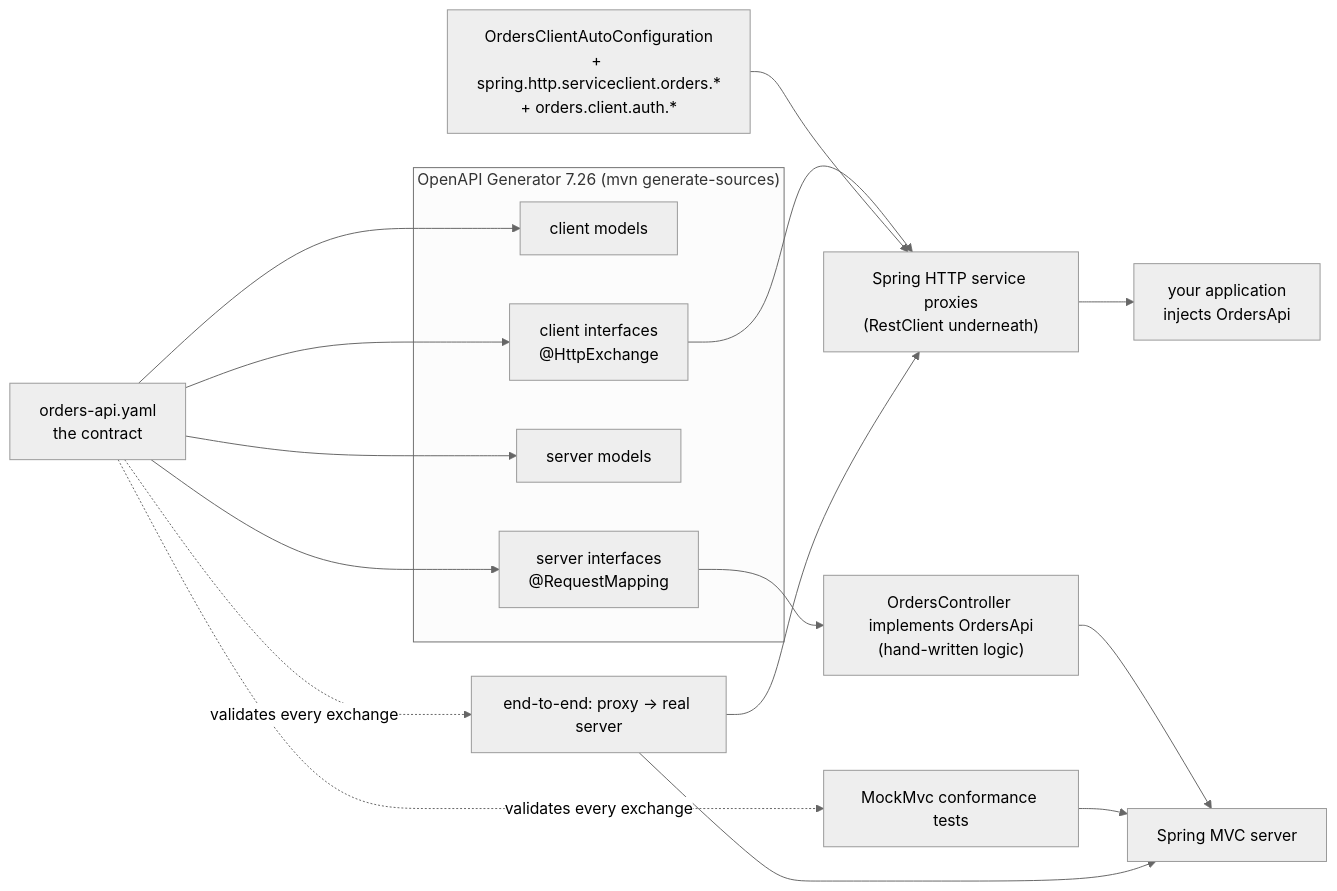
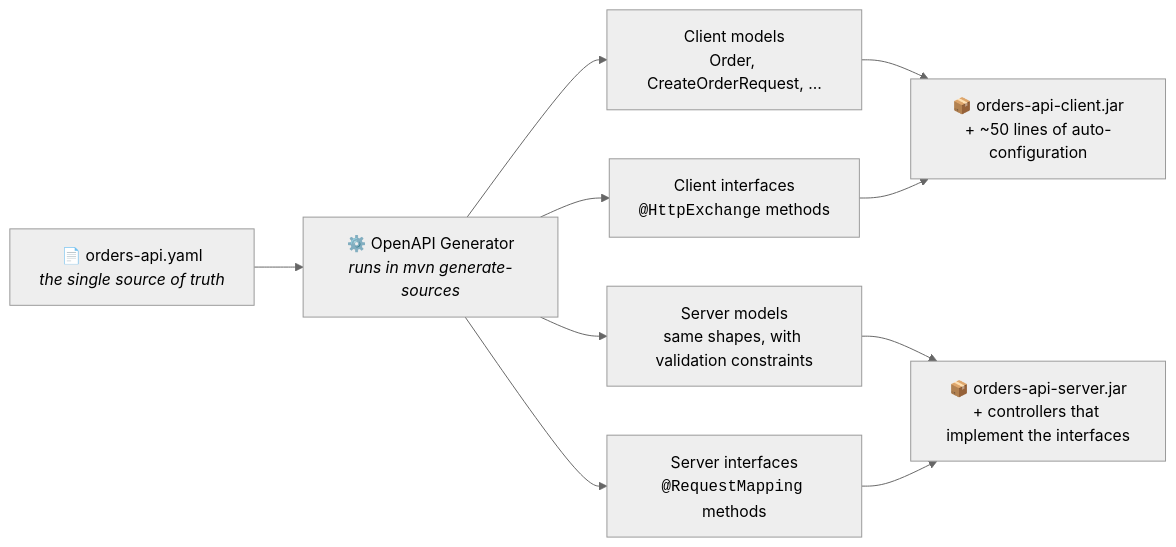
The first of 7 diagrams in README.md (dmitrykislov/contract-first-spring), drawn with Mermaid (neutral theme) before and after one commit. The commit also changed other lines of this file, not shown here.

First line of the commit message:
README: restructure around build time, runtime, verification and onboarding a new spec

````diff
--- a/README.md
+++ b/README.md
@@ -54,26 +64,12 @@
 ```mermaid
 flowchart LR
-    SPEC[orders-api.yaml<br/>the contract]
-
-    subgraph gen["OpenAPI Generator 7.26 (mvn generate-sources)"]
-        CM[client models]
-        CI["client interfaces<br/>@HttpExchange"]
-        SM[server models]
-        SI["server interfaces<br/>@RequestMapping"]
-    end
-
-    SPEC --> CM & CI & SM & SI
-
-    CI --> PROXY["Spring HTTP service proxies<br/>(RestClient underneath)"]
-    AC["OrdersClientAutoConfiguration<br/>+ spring.http.serviceclient.orders.*<br/>+ orders.client.auth.*"] --> PROXY
-    PROXY --> APP[your application<br/>injects OrdersApi]
-
-    SI --> CTRL["OrdersController implements OrdersApi<br/>(hand-written logic)"]
-    CTRL --> SRV[Spring MVC server]
-
-    SPEC -. validates every exchange .-> T1["MockMvc conformance tests"]
-    SPEC -. validates every exchange .-> T2["end-to-end: proxy → real server"]
-    T1 --> SRV
-    T2 --> PROXY
-    T2 --> SRV
+    YAML["📄 orders-api.yaml<br/><i>the single source of truth</i>"]
+    GEN["⚙️ OpenAPI Generator<br/><i>runs in mvn generate-sources</i>"]
+    YAML --> GEN
+    GEN --> CM["Client models<br/>Order, CreateOrderRequest, …"]
+    GEN --> CI["Client interfaces<br/><code>@HttpExchange</code> methods"]
+    GEN --> SM["Server models<br/>same shapes, with validation constraints"]
+    GEN --> SI["Server interfaces<br/><code>@RequestMapping</code> methods"]
+    CM & CI --> CJ["📦 orders-api-client.jar<br/>+ ~50 lines of auto-configuration"]
+    SM & SI --> SJ["📦 orders-api-server.jar<br/>+ controllers that implement the interfaces"]
 ```
````
